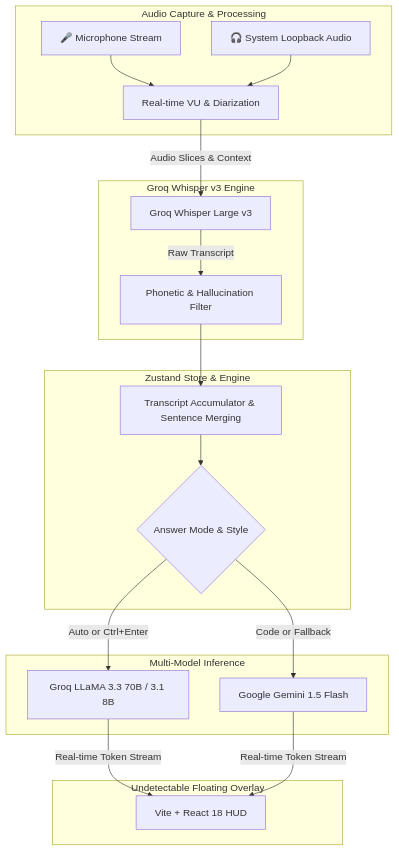
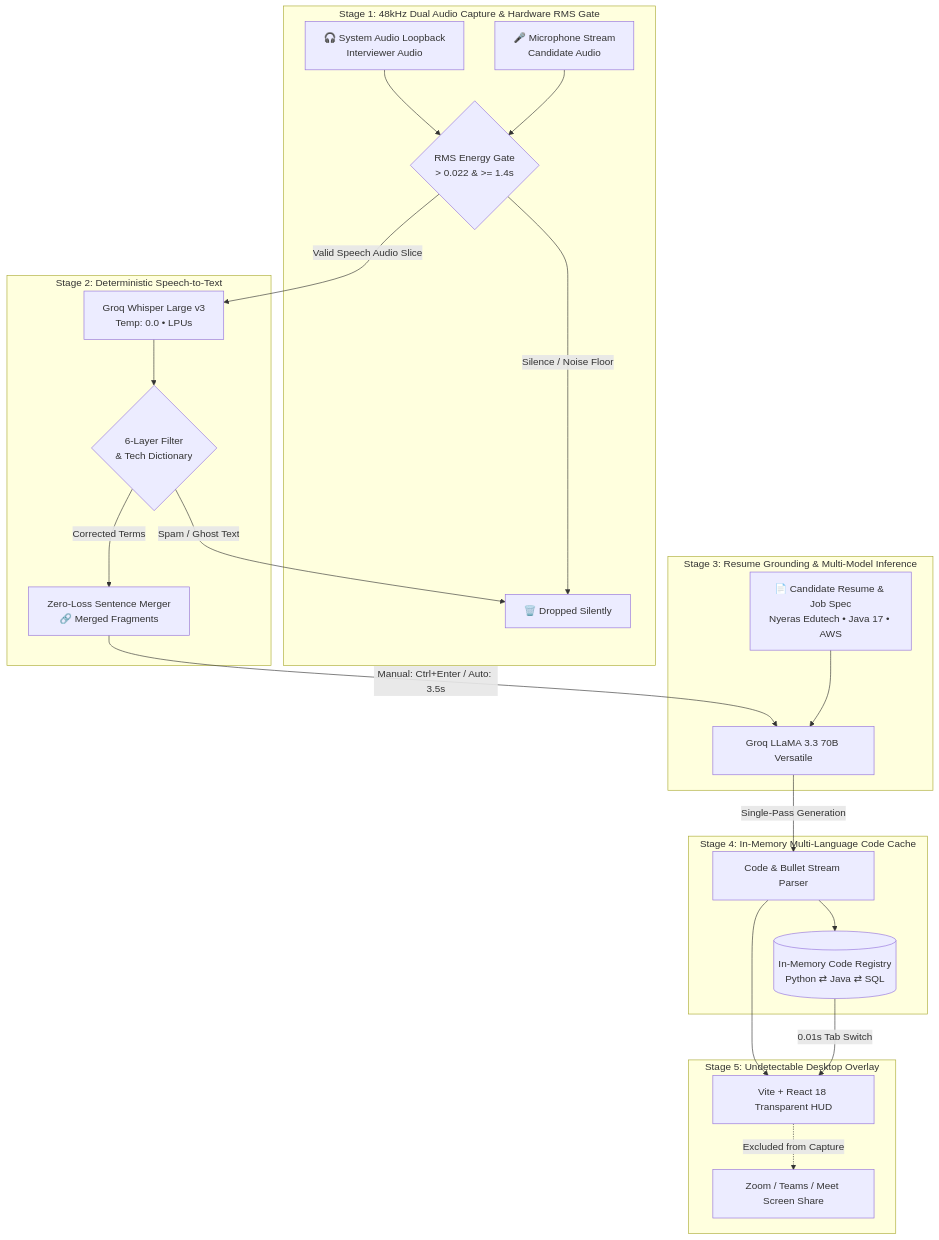
One commit to mohannamburu18/interview-ai changed the diagram in README.md. Above: the diagram before and after it, drawn with Mermaid. The commit also changed other lines of this file, not shown here.

Commit message:
docs: upgrade README to top 1% tier with live Vercel deployment link, deep architectural diagrams, and 4-AI market benchmark

````diff
--- a/README.md
+++ b/README.md
@@ -54,30 +91,34 @@
 ```mermaid
 flowchart TB
-    subgraph AudioEngine [Audio Capture & Processing]
-        MIC[🎤 Microphone Stream]
-        SYS[🎧 System Loopback Audio]
-        VAD[Real-time VU & Diarization]
-        MIC --> VAD
-        SYS --> VAD
+    subgraph AudioPipeline [Stage 1: 48kHz Dual Audio Capture & Hardware RMS Gate]
+        SYS[🎧 System Audio Loopback<br>Interviewer Audio]
+        MIC[🎤 Microphone Stream<br>Candidate Audio]
+        RMS{RMS Energy Gate<br>> 0.022 & >= 1.4s}
+        SYS --> RMS
+        MIC --> RMS
+        RMS -->|Silence / Noise Floor| DROP[🗑️ Dropped Silently]
     end
 
-    subgraph STT [Groq Whisper v3 Engine]
-        VAD -->|Audio Slices & Context| WHISPER[Groq Whisper Large v3]
-        WHISPER -->|Raw Transcript| CLEANER[Phonetic & Hallucination Filter]
+    subgraph STTEngine [Stage 2: Deterministic Speech-to-Text]
+        RMS -->|Valid Speech Audio Slice| WHISPER[Groq Whisper Large v3<br>Temp: 0.0 • LPUs]
+        WHISPER --> SANITY{6-Layer Filter<br>& Tech Dictionary}
+        SANITY -->|Spam / Ghost Text| DROP
+        SANITY -->|Corrected Terms| MERGE[Zero-Loss Sentence Merger<br>🔗 Merged Fragments]
     end
 
-    subgraph StateManager [Zustand Store & Engine]
-        CLEANER --> BUFFER[Transcript Accumulator & Sentence Merging]
-        BUFFER --> INTENT{Answer Mode & Style}
+    subgraph PromptMatrix [Stage 3: Resume Grounding & Multi-Model Inference]
+        MERGE -->|Manual: Ctrl+Enter / Auto: 3.5s| LLM[Groq LLaMA 3.3 70B Versatile]
+        RESUME[📄 Candidate Resume & Job Spec<br>Nyeras Edutech • Java 17 • AWS] --> LLM
     end
 
-    subgraph LLMEngine [Multi-Model Inference]
-        INTENT -->|Auto or Ctrl+Enter| GROQ[Groq LLaMA 3.3 70B / 3.1 8B]
-        INTENT -->|Code or Fallback| GEMINI[Google Gemini 1.5 Flash]
+    subgraph DualCache [Stage 4: In-Memory Multi-Language Code Cache]
+        LLM -->|Single-Pass Generation| PARSER[Code & Bullet Stream Parser]
+        PARSER --> CACHE[(In-Memory Code Registry<br>Python ⇄ Java ⇄ SQL)]
     end
 
-    subgraph UI [Undetectable Floating Overlay]
-        GROQ -->|Real-time Token Stream| OVERLAY[Vite + React 18 HUD]
-        GEMINI -->|Real-time Token Stream| OVERLAY
+    subgraph NativeHUD [Stage 5: Undetectable Desktop Overlay]
+        PARSER --> HUD[Vite + React 18 Transparent HUD]
+        CACHE -->|0.01s Tab Switch| HUD
+        HUD -.->|Excluded from Capture| SHARE[Zoom / Teams / Meet Screen Share]
     end
 ```
````
